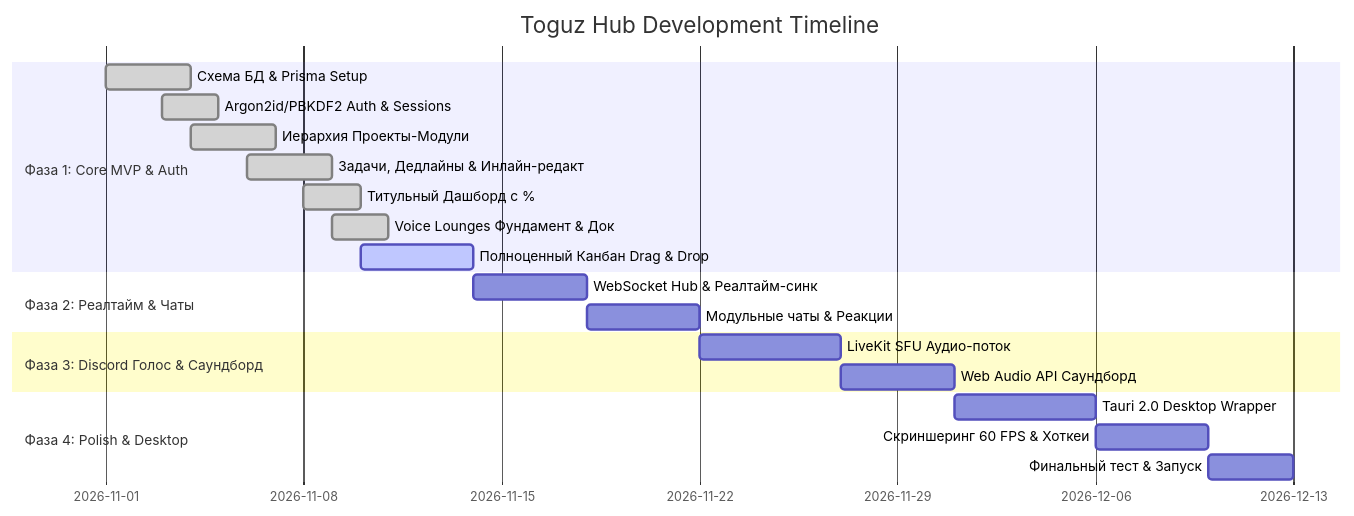
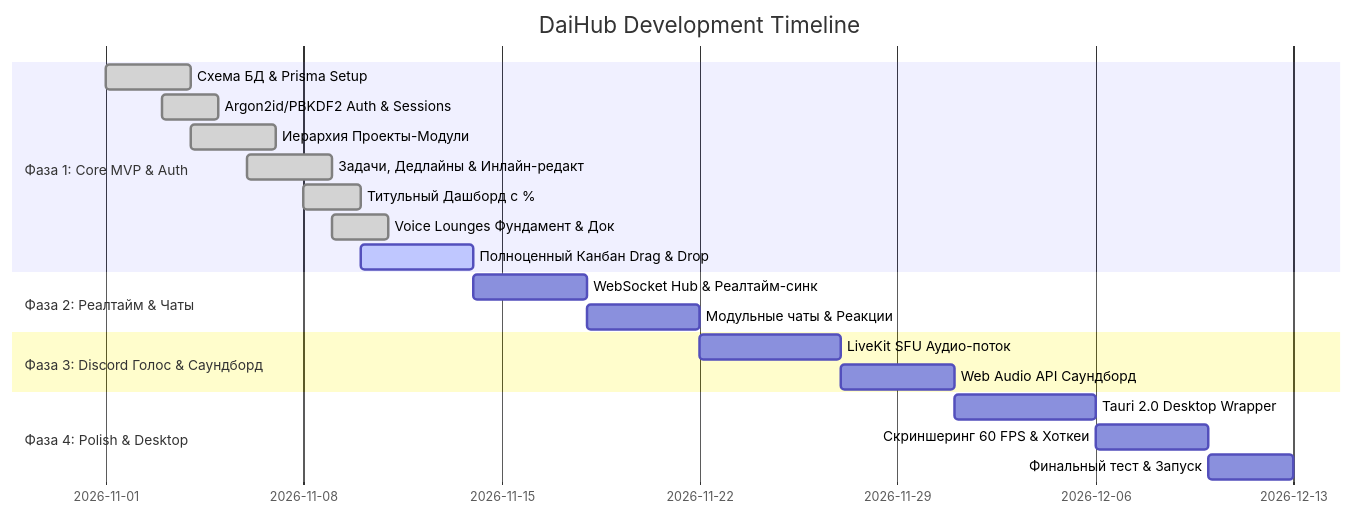
Before and after one commit to Sharpy17/TD: the diagram in instructions/04_AI_Developer_Instructions/Implementation_Roadmap.md, drawn with Mermaid. The commit also changed other lines of this file and 43 other files, not shown here.

First line of the commit message:
chore: rebrand Toguz Hub to DaiHub

````diff
--- a/instructions/04_AI_Developer_Instructions/Implementation_Roadmap.md
+++ b/instructions/04_AI_Developer_Instructions/Implementation_Roadmap.md
@@ -19,23 +19,23 @@
 ```mermaid
 gantt
-    title Toguz Hub Development Timeline
+    title DaiHub Development Timeline
     dateFormat  YYYY-MM-DD
     section Фаза 1: Core MVP & Auth
     Схема БД & Prisma Setup           :done, 2026-11-01, 3d
     Argon2id/PBKDF2 Auth & Sessions   :done, 2026-11-03, 2d
     Иерархия Проекты-Модули           :done, 2026-11-04, 3d
     Задачи, Дедлайны & Инлайн-редакт  :done, 2026-11-06, 3d
     Титульный Дашборд с %             :done, 2026-11-08, 2d
     Voice Lounges Фундамент & Док     :done, 2026-11-09, 2d
     Полноценный Канбан Drag & Drop    :active, 2026-11-10, 4d
     section Фаза 2: Реалтайм & Чаты
     WebSocket Hub & Реалтайм-синк    :2026-11-14, 4d
     Модульные чаты & Реакции         :2026-11-18, 4d
     section Фаза 3: Discord Голос & Саундборд
     LiveKit SFU Аудио-поток           :2026-11-22, 5d
     Web Audio API Саундборд           :2026-11-27, 4d
     section Фаза 4: Polish & Desktop
     Tauri 2.0 Desktop Wrapper         :2026-12-01, 5d
     Скриншеринг 60 FPS & Хоткеи       :2026-12-06, 4d
     Финальный тест & Запуск           :2026-12-10, 3d
 ```
````
